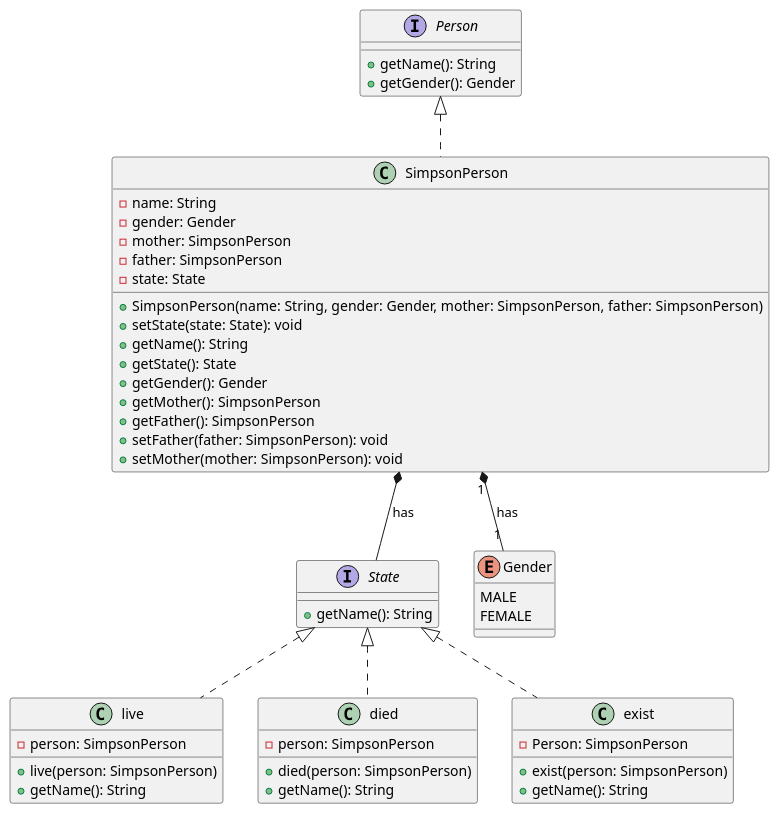
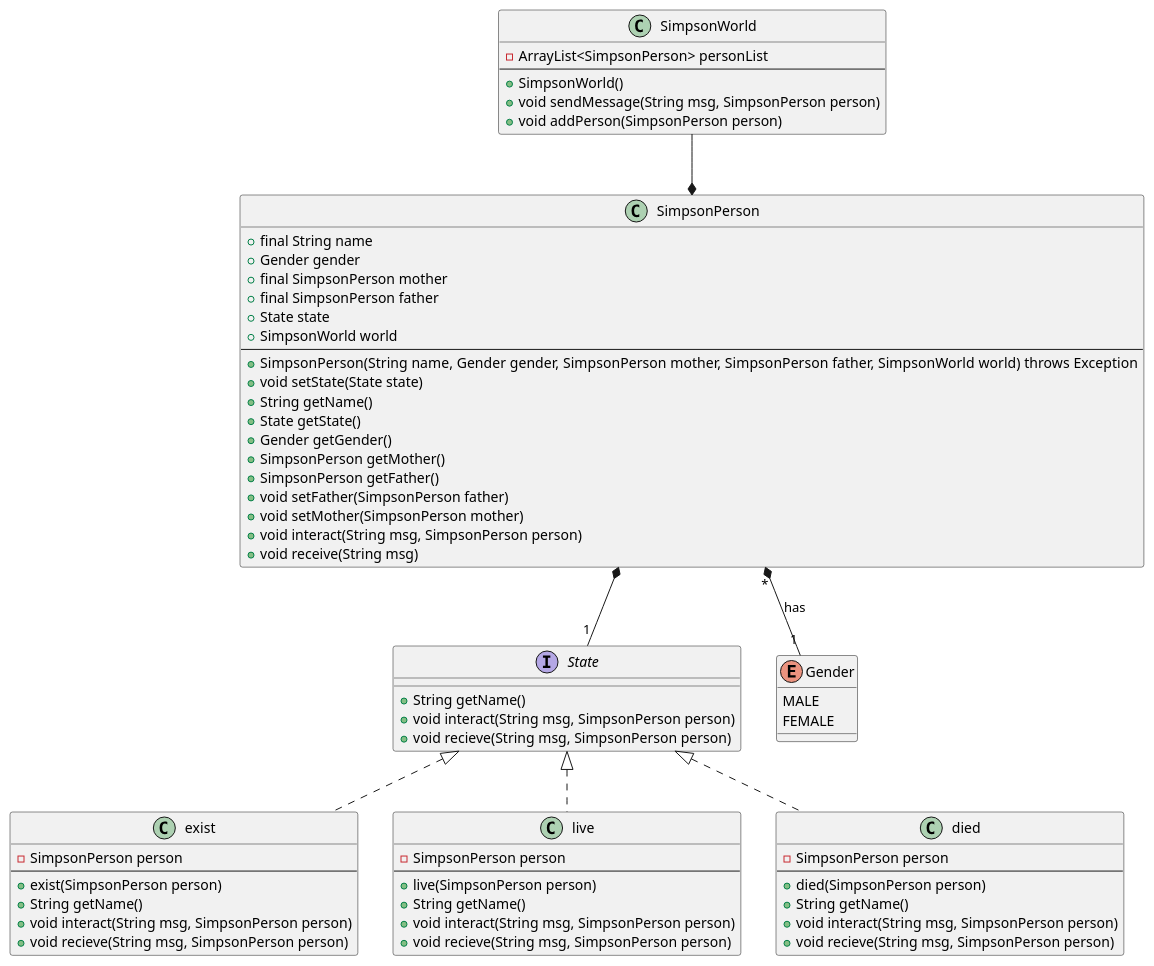
The diagram in KD.puml (LuluSchnee/simpsons), drawn with PlantUML before and after one commit. The commit also changed 15 other files, not shown here.

```diff
--- a/KD.puml
+++ b/KD.puml
@@ -1,56 +1,77 @@
 @startuml
 
-interface Person {
-  +getName(): String
-  +getGender(): Gender
+interface State {
+    + String getName()
+    + void interact(String msg, SimpsonPerson person)
+    + void recieve(String msg, SimpsonPerson person)
 }
 
-interface State {
-  +getName(): String
+class SimpsonPerson {
+    + final String name
+    + Gender gender
+    + final SimpsonPerson mother
+    + final SimpsonPerson father
+    + State state
+    + SimpsonWorld world
+    --
+    + SimpsonPerson(String name, Gender gender, SimpsonPerson mother, SimpsonPerson father, SimpsonWorld world) throws Exception
+    + void setState(State state)
+    + String getName()
+    + State getState()
+    + Gender getGender()
+    + SimpsonPerson getMother()
+    + SimpsonPerson getFather()
+    + void setFather(SimpsonPerson father)
+    + void setMother(SimpsonPerson mother)
+    + void interact(String msg, SimpsonPerson person)
+    + void receive(String msg)
 }
 
-class SimpsonPerson implements Person {
-  -name: String
-  -gender: Gender
-  -mother: SimpsonPerson
-  -father: SimpsonPerson
-  -state: State
-  +SimpsonPerson(name: String, gender: Gender, mother: SimpsonPerson, father: SimpsonPerson)
-  +setState(state: State): void
-  +getName(): String
-  +getState(): State
-  +getGender(): Gender
-  +getMother(): SimpsonPerson
-  +getFather(): SimpsonPerson
-  +setFather(father: SimpsonPerson): void
-  +setMother(mother: SimpsonPerson): void
+class SimpsonWorld {
+    - ArrayList<SimpsonPerson> personList
+    --
+    + SimpsonWorld()
+    + void sendMessage(String msg, SimpsonPerson person)
+    + void addPerson(SimpsonPerson person)
+}
+
+class exist implements State {
+    - SimpsonPerson person
+    --
+    + exist(SimpsonPerson person)
+    + String getName()
+    + void interact(String msg, SimpsonPerson person)
+    + void recieve(String msg, SimpsonPerson person)
 }
 
 class live implements State {
-  -person: SimpsonPerson
-  +live(person: SimpsonPerson)
-  +getName(): String
+    - SimpsonPerson person
+    --
+    + live(SimpsonPerson person)
+    + String getName()
+    + void interact(String msg, SimpsonPerson person)
+    + void recieve(String msg, SimpsonPerson person)
 }
 
 class died implements State {
-  -person: SimpsonPerson
-  +died(person: SimpsonPerson)
-  +getName(): String
-}
-
-class exist implements State {
-  -Person: SimpsonPerson
-  +exist(person: SimpsonPerson)
-  +getName(): String
+    - SimpsonPerson person
+    --
+    + died(SimpsonPerson person)
+    + String getName()
+    + void interact(String msg, SimpsonPerson person)
+    + void recieve(String msg, SimpsonPerson person)
 }
 
 enum Gender {
-  MALE
-  FEMALE
+    MALE
+    FEMALE
 }
 
-SimpsonPerson  *--  State : has
+SimpsonPerson "*" *-- "1" Gender : has
 
-SimpsonPerson "1" *-- "1" Gender : has
+
+SimpsonPerson *-- "1" State
+SimpsonWorld --*  SimpsonPerson
+
 
 @enduml
```
